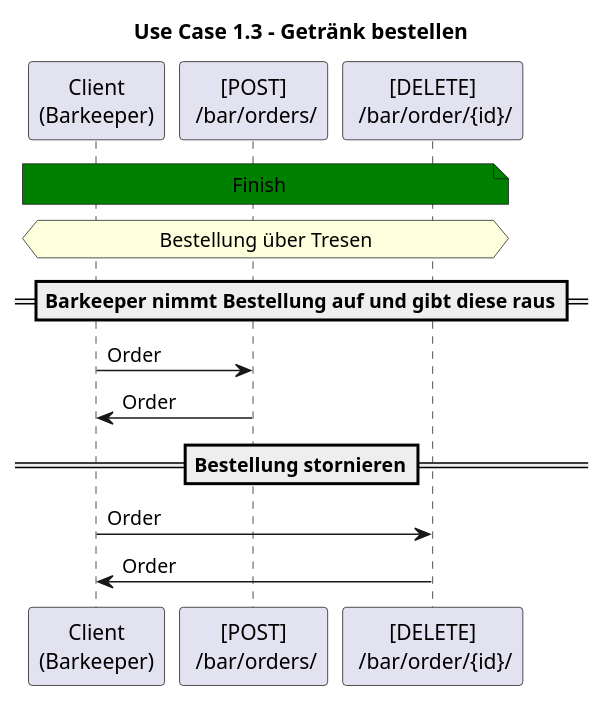
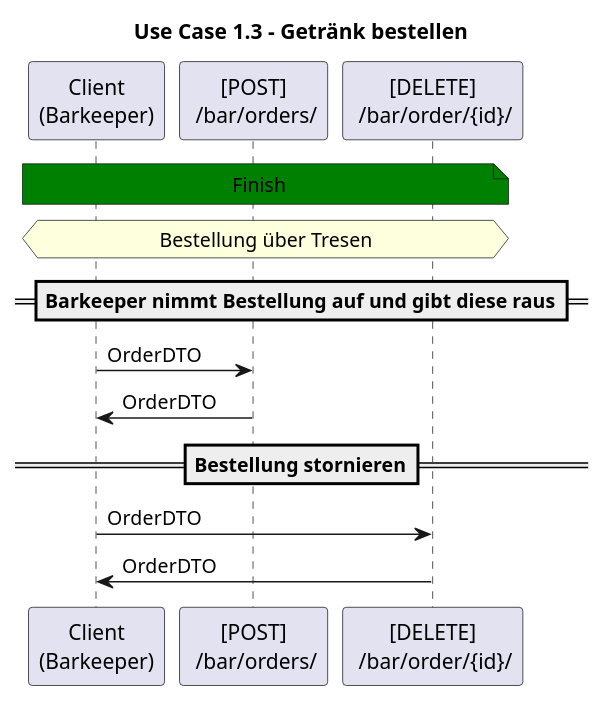
One commit to Mankianer/TresenSystem changed the fifth of 7 diagrams in docs/api-sequence-diagram/UseCase/Use-Case_1.puml. Above: the diagram before and after it, drawn with PlantUML. The commit also changed other lines of this file and 4 other files, not shown here.

```diff
--- a/docs/api-sequence-diagram/UseCase/Use-Case_1.puml
+++ b/docs/api-sequence-diagram/UseCase/Use-Case_1.puml
@@ -42,15 +42,15 @@
 @startuml
 title Use Case 1.3 - Getränk bestellen
 note across #green: Finish
 
 hnote across: Bestellung über Tresen
 
 ==Barkeeper nimmt Bestellung auf und gibt diese raus==
-"Client\n(Barkeeper)" -> "[POST]\n /bar/orders/": Order
-"Client\n(Barkeeper)" <- "[POST]\n /bar/orders/": Order
+"Client\n(Barkeeper)" -> "[POST]\n /bar/orders/": OrderDTO
+"Client\n(Barkeeper)" <- "[POST]\n /bar/orders/": OrderDTO
 
 ==Bestellung stornieren==
-"Client\n(Barkeeper)" -> "[DELETE]\n /bar/order/{id}/": Order
-"Client\n(Barkeeper)" <- "[DELETE]\n /bar/order/{id}/": Order
+"Client\n(Barkeeper)" -> "[DELETE]\n /bar/order/{id}/": OrderDTO
+"Client\n(Barkeeper)" <- "[DELETE]\n /bar/order/{id}/": OrderDTO
 
 @enduml
```
